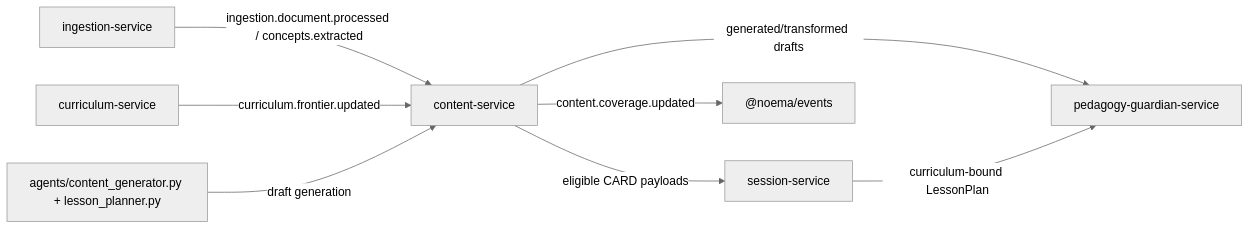
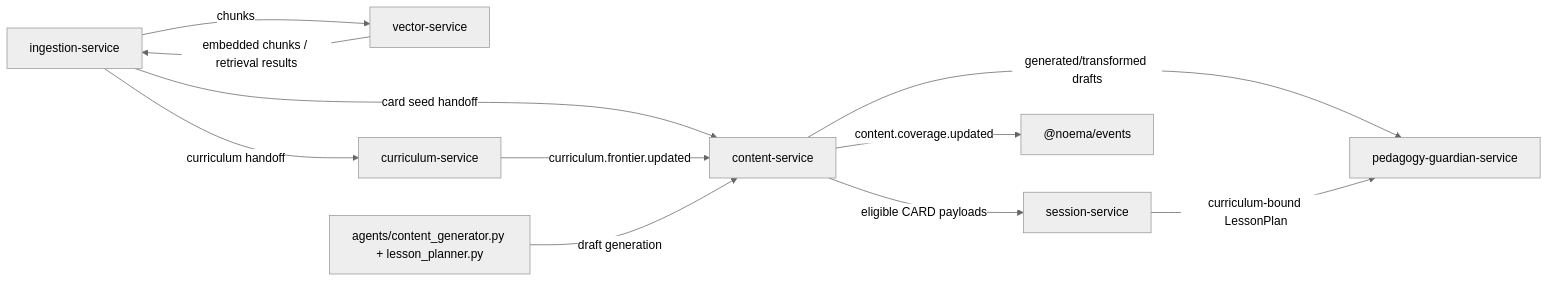
The fifth of 5 diagrams in module-graph.md (AnrPg/noema), drawn with Mermaid (neutral theme) before and after one commit. The commit also changed 15 other files, not shown here.

Commit message:
feat(contracts): add ingestion and vector boundaries

````diff
--- a/module-graph.md
+++ b/module-graph.md
@@ -294,10 +294,13 @@
 ```mermaid
 flowchart LR
-  Ingestion["ingestion-service"] -->|"ingestion.document.processed / concepts.extracted"| Content["content-service"]
+  Ingestion["ingestion-service"] -->|"chunks"| Vector["vector-service"]
+  Vector -->|"embedded chunks / retrieval results"| Ingestion
+  Ingestion -->|"curriculum handoff"| Curriculum["curriculum-service"]
+  Ingestion -->|"card seed handoff"| Content["content-service"]
   Curriculum["curriculum-service"] -->|"curriculum.frontier.updated"| Content
   Content -->|"generated/transformed drafts"| Guardian["pedagogy-guardian-service"]
   Agents["agents/content_generator.py + lesson_planner.py"] -->|"draft generation"| Content
   Content -->|"eligible CARD payloads"| Session["session-service"]
   Session -->|"curriculum-bound LessonPlan"| Guardian
   Content -->|"content.coverage.updated"| Events["@noema/events"]
 ```
````
